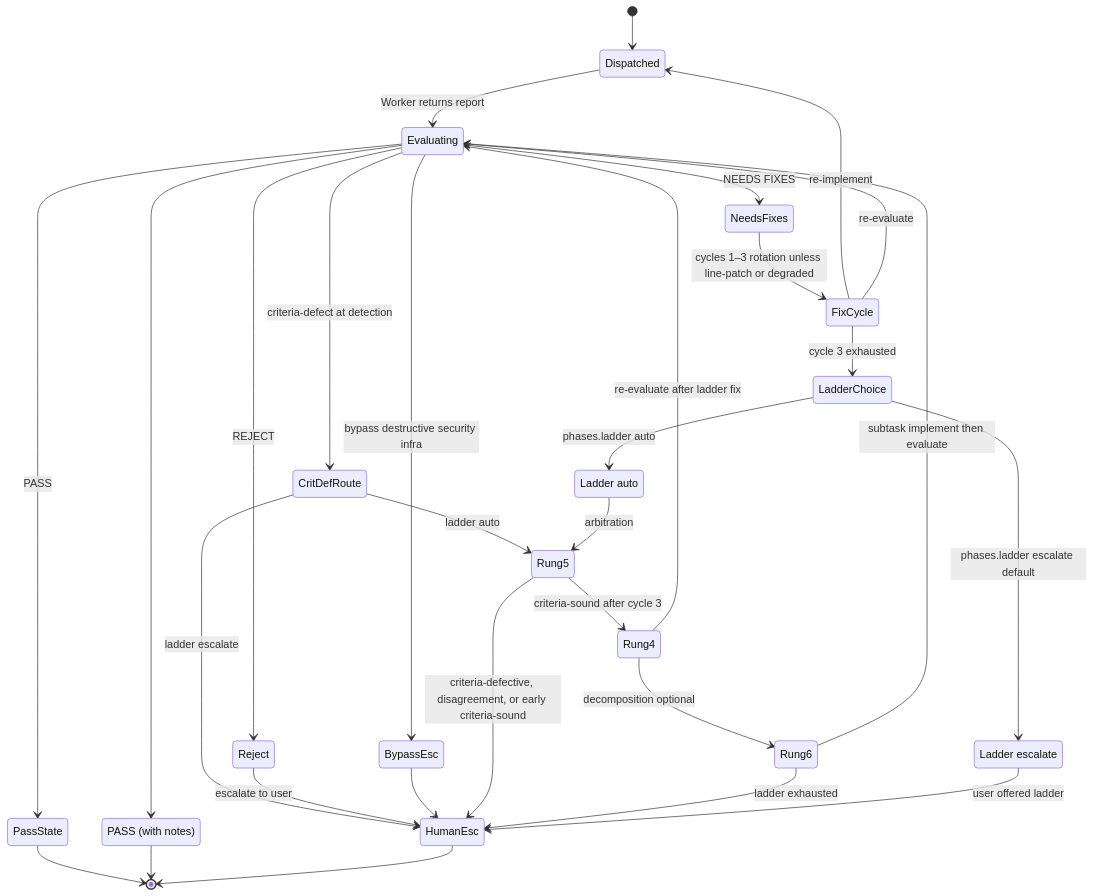
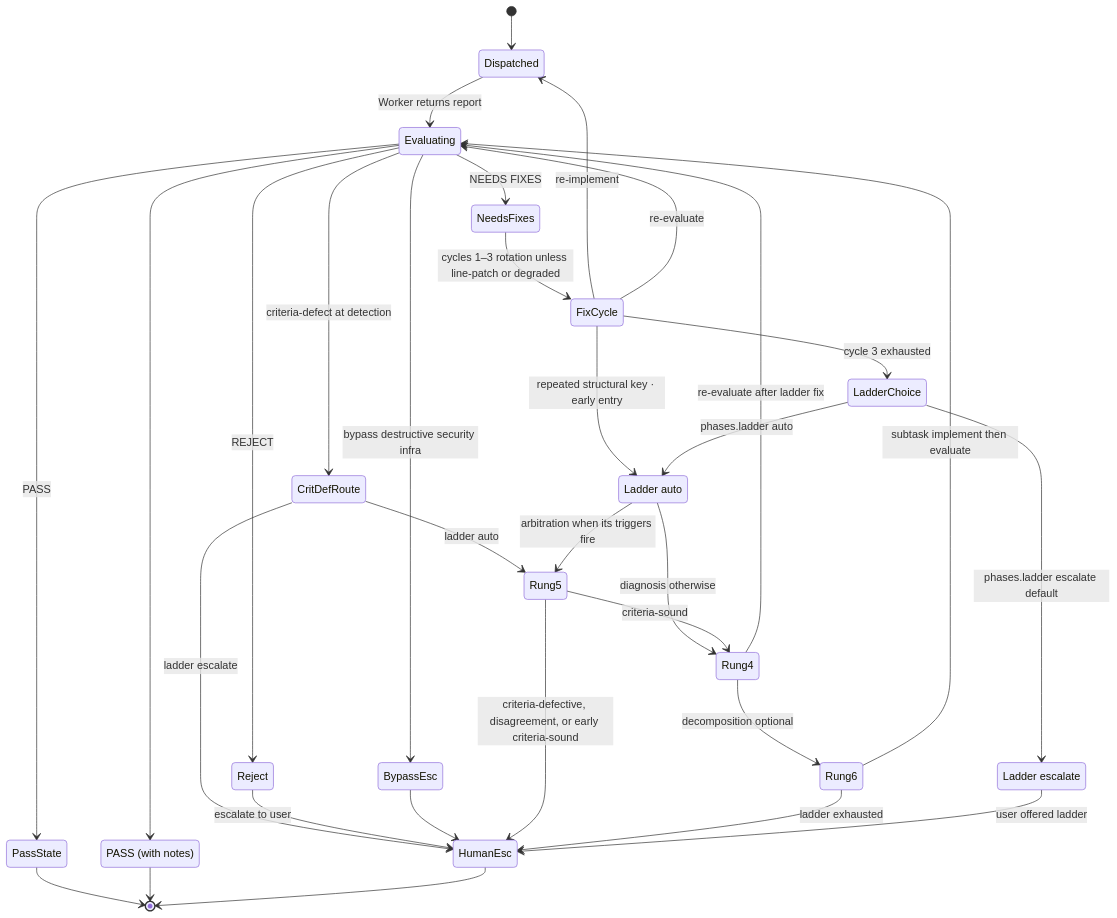
One commit to kdcllc/skills changed the seventh of 12 diagrams in docs/agent-kit/guide/architecture.md. Above: the diagram before and after it, drawn with Mermaid. The commit also changed other lines of this file and 359 other files, not shown here.

````diff
--- a/docs/agent-kit/guide/architecture.md
+++ b/docs/agent-kit/guide/architecture.md
@@ -210,35 +227,37 @@
 ```mermaid
 stateDiagram-v2
     [*] --> Dispatched
     Dispatched --> Evaluating: Worker returns report
     Evaluating --> PassState: PASS
     state "PASS (with notes)" as PassNotes
     Evaluating --> PassNotes
     Evaluating --> NeedsFixes: NEEDS FIXES
     Evaluating --> Reject: REJECT
     Evaluating --> BypassEsc: bypass destructive security infra
     Evaluating --> CritDefRoute: criteria-defect at detection
     CritDefRoute --> Rung5: ladder auto
     CritDefRoute --> HumanEsc: ladder escalate
     PassState --> [*]
     PassNotes --> [*]
     Reject --> HumanEsc: escalate to user
     BypassEsc --> HumanEsc
     NeedsFixes --> FixCycle: cycles 1–3 rotation unless line-patch or degraded
     FixCycle --> Dispatched: re-implement
     FixCycle --> Evaluating: re-evaluate
     FixCycle --> LadderChoice: cycle 3 exhausted
     state "Ladder auto" as LadderAuto
+    FixCycle --> LadderAuto: repeated structural key · early entry
     state "Ladder escalate" as LadderEsc
     LadderChoice --> LadderAuto: phases.ladder auto
     LadderChoice --> LadderEsc: phases.ladder escalate default
-    LadderAuto --> Rung5: arbitration
-    Rung5 --> Rung4: criteria-sound after cycle 3
+    LadderAuto --> Rung5: arbitration when its triggers fire
+    LadderAuto --> Rung4: diagnosis otherwise
+    Rung5 --> Rung4: criteria-sound
     Rung5 --> HumanEsc: criteria-defective, disagreement, or early criteria-sound
     Rung4 --> Evaluating: re-evaluate after ladder fix
     Rung4 --> Rung6: decomposition optional
     Rung6 --> Evaluating: subtask implement then evaluate
     Rung6 --> HumanEsc: ladder exhausted
     LadderEsc --> HumanEsc: user offered ladder
     HumanEsc --> [*]
 ```
````
